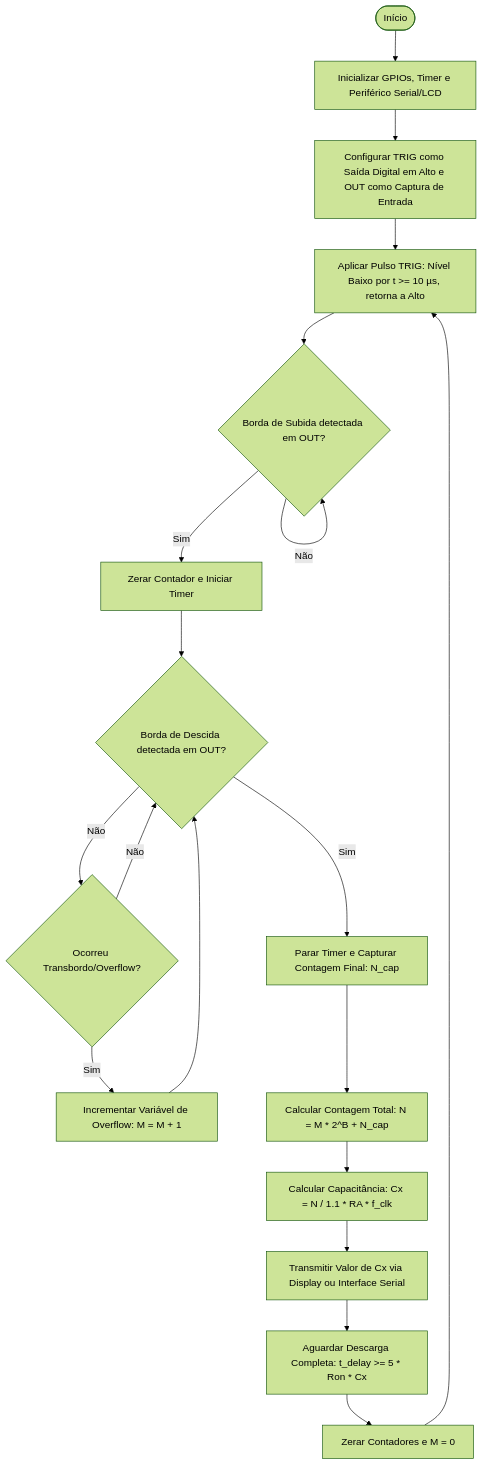
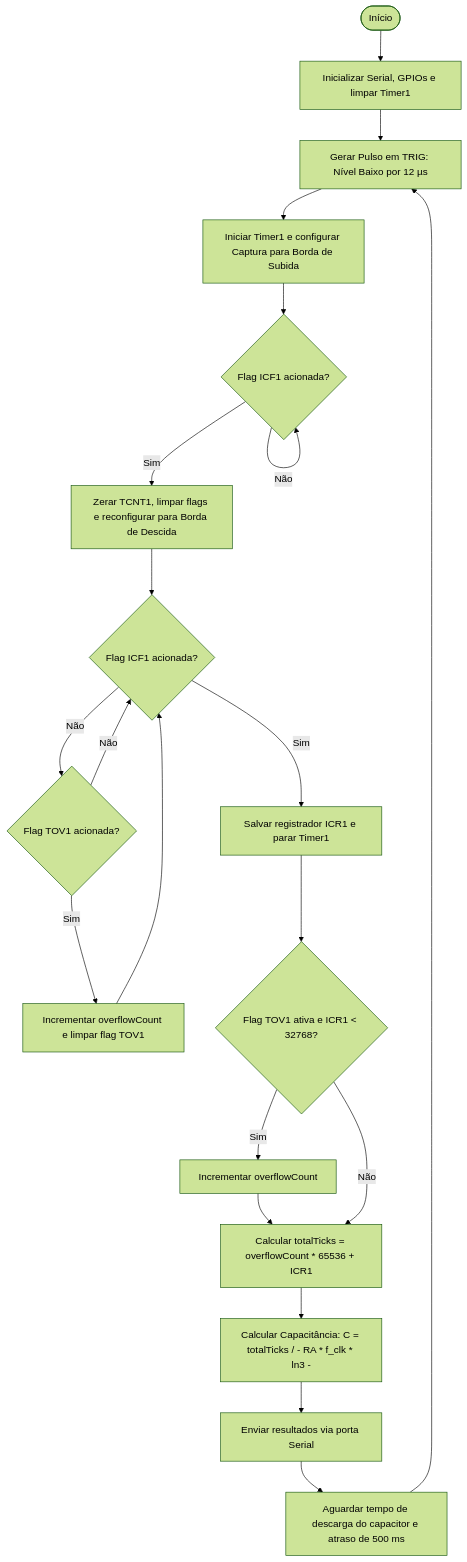
The diagram in README.md (lfioravante/PBLE03_Projct), drawn with Mermaid (forest theme) before and after one commit.

Commit message:
readme update

````diff
--- a/README.md
+++ b/README.md
@@ -3,22 +3,24 @@
 ```mermaid
 flowchart TD
-    Start([Início]) --> Init[Inicializar GPIOs, Timer e Periférico Serial/LCD]
-    Init --> Config[Configurar TRIG como Saída Digital em Alto e OUT como Captura de Entrada]
-    Config --> Trigger[Aplicar Pulso TRIG: Nível Baixo por t >= 10 µs, retorna a Alto]
-    Trigger --> DetectRise{Borda de Subida detectada em OUT?}
-    DetectRise -- Não --> DetectRise
-    DetectRise -- Sim --> StartTimer[Zerar Contador e Iniciar Timer]
-    StartTimer --> DetectFall{Borda de Descida detectada em OUT?}
-    DetectFall -- Não --> CheckOverflow{Ocorreu Transbordo/Overflow?}
-    CheckOverflow -- Sim --> IncOF[Incrementar Variável de Overflow: M = M + 1]
-    IncOF --> DetectFall
-    CheckOverflow -- Não --> DetectFall
-    DetectFall -- Sim --> StopTimer[Parar Timer e Capturar Contagem Final: N_cap]
-    StopTimer --> CalcTicks[Calcular Contagem Total: N = M * 2^B + N_cap]
-    CalcTicks --> CalcCap[Calcular Capacitância: Cx = N / 1.1 * RA * f_clk]
-    CalcCap --> Display[Transmitir Valor de Cx via Display ou Interface Serial]
-    Display --> Delay[Aguardar Descarga Completa: t_delay >= 5 * Ron * Cx]
-    Delay --> ResetVar[Zerar Contadores e M = 0]
-    ResetVar --> Trigger
+    Start([Início]) --> Init[Inicializar Serial, GPIOs e limpar Timer1]
+    Init --> Trigger[Gerar Pulso em TRIG: Nível Baixo por 12 µs]
+    Trigger --> StartTimerRise[Iniciar Timer1 e configurar Captura para Borda de Subida]
+    StartTimerRise --> WaitRise{Flag ICF1 acionada?}
+    WaitRise -- Não --> WaitRise
+    WaitRise -- Sim --> ConfigFall[Zerar TCNT1, limpar flags e reconfigurar para Borda de Descida]
+    ConfigFall --> WaitFall{Flag ICF1 acionada?}
+    WaitFall -- Não --> CheckOVF{Flag TOV1 acionada?}
+    CheckOVF -- Sim --> IncOVF[Incrementar overflowCount e limpar flag TOV1]
+    IncOVF --> WaitFall
+    CheckOVF -- Não --> WaitFall
+    WaitFall -- Sim --> Capture[Salvar registrador ICR1 e parar Timer1]
+    Capture --> RaceCondition{Flag TOV1 ativa e ICR1 < 32768?}
+    RaceCondition -- Sim --> IncOVFRace[Incrementar overflowCount]
+    IncOVFRace --> CalcTicks
+    RaceCondition -- Não --> CalcTicks[Calcular totalTicks = overflowCount * 65536 + ICR1]
+    CalcTicks --> CalcCap[Calcular Capacitância: C = totalTicks / - RA * f_clk * ln3 -]
+    CalcCap --> Display[Enviar resultados via porta Serial]
+    Display --> Delay[Aguardar tempo de descarga do capacitor e atraso de 500 ms]
+    Delay --> Trigger
 
 ```
````
